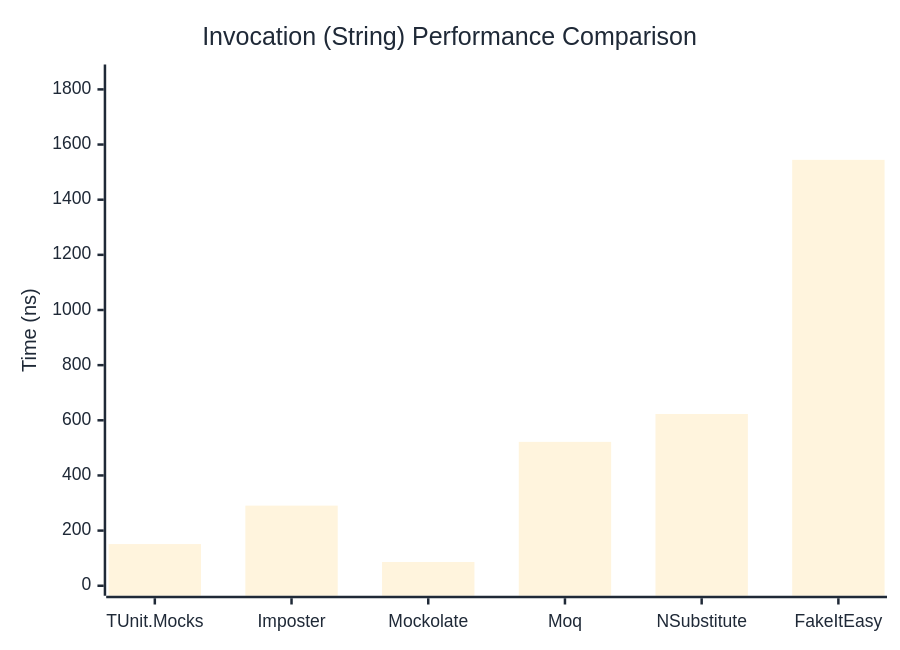
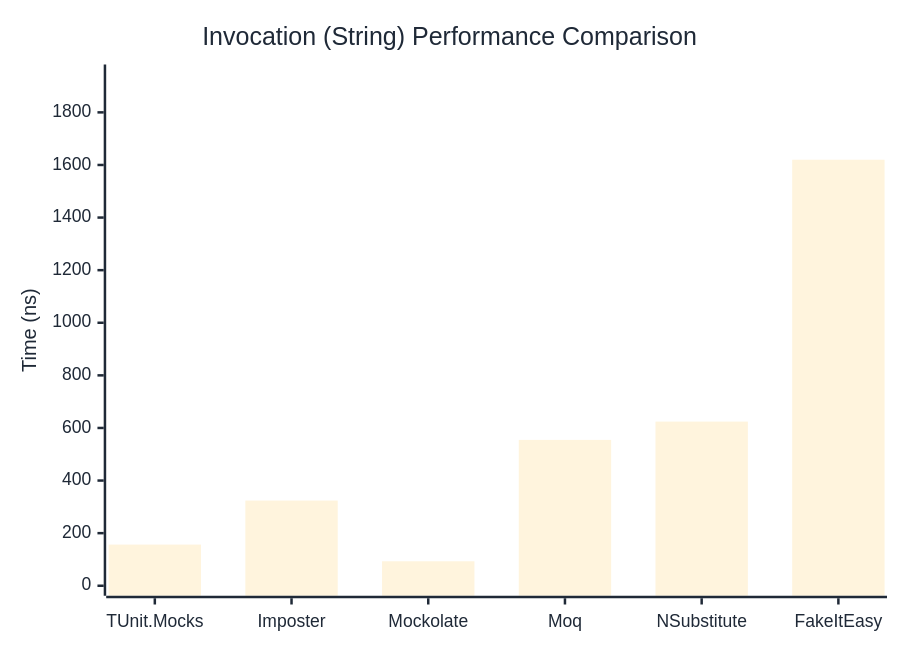
One commit to weiyilai/TUnit changed the second of 3 diagrams in docs/docs/benchmarks/mocks/Invocation.md. Above: the diagram before and after it, drawn with Mermaid. The commit also changed other lines of this file and 14 other files, not shown here.

````diff
--- a/docs/docs/benchmarks/mocks/Invocation.md
+++ b/docs/docs/benchmarks/mocks/Invocation.md
@@ -69,27 +69,27 @@
 ```mermaid
 %%{init: {
   'theme':'base',
   'themeVariables': {
     'primaryColor': '#2563eb',
     'primaryTextColor': '#1f2937',
     'primaryBorderColor': '#1e40af',
     'lineColor': '#6b7280',
     'secondaryColor': '#7c3aed',
     'tertiaryColor': '#dc2626',
     'background': '#ffffff',
     'pie1': '#2563eb',
     'pie2': '#7c3aed',
     'pie3': '#dc2626',
     'pie4': '#f59e0b',
     'pie5': '#10b981',
     'pie6': '#06b6d4',
     'pie7': '#ec4899',
     'pie8': '#6366f1'
   }
 }}%%
 xychart-beta
   title "Invocation (String) Performance Comparison"
   x-axis ["TUnit.Mocks", "Imposter", "Mockolate", "Moq", "NSubstitute", "FakeItEasy"]
-  y-axis "Time (ns)" 0 --> 1854
-  bar [151.13, 290.57, 86.05, 521.73, 622.83, 1544.51]
+  y-axis "Time (ns)" 0 --> 1944
+  bar [156.52, 323.98, 93.11, 554.61, 624.18, 1619.9]
 ```
````
